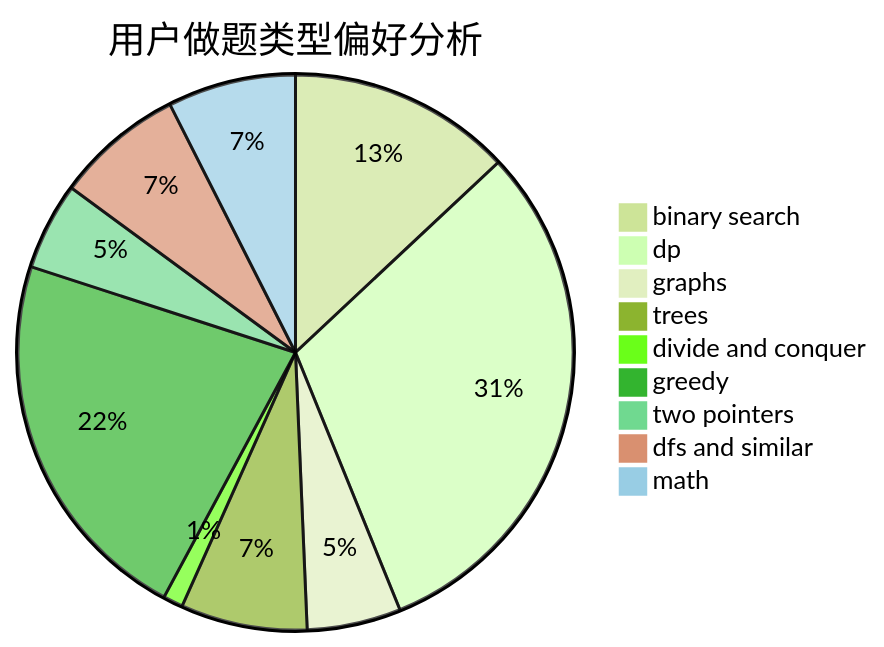
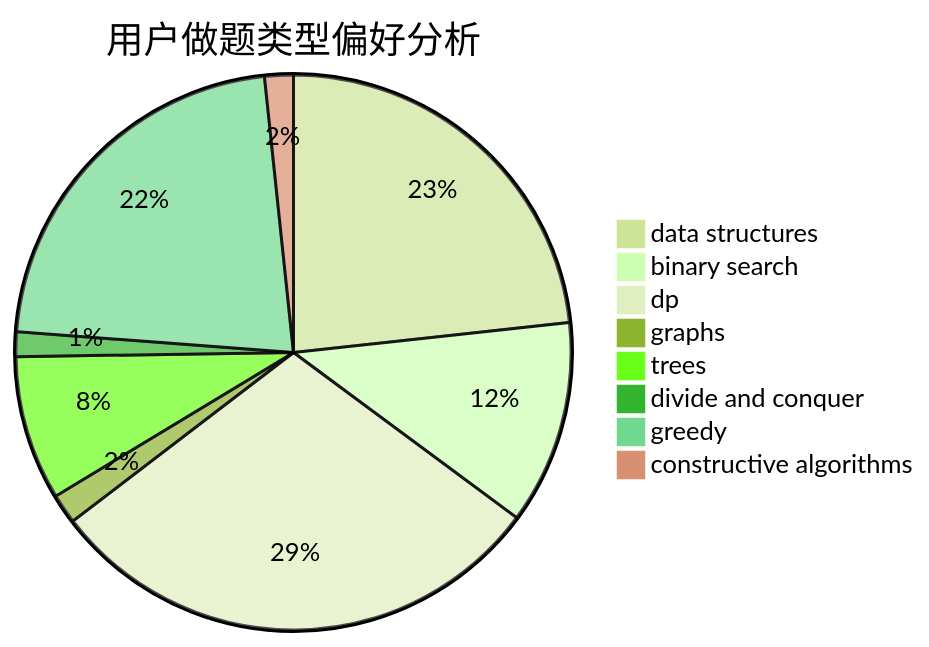
The second of 3 diagrams in docs/user/u2674.md (sherpahu/cfrs.github.io), drawn with Mermaid (forest theme) before and after one commit. The commit also changed other lines of this file and 2775 other files, not shown here.

````diff
--- a/docs/user/u2674.md
+++ b/docs/user/u2674.md
@@ -23,12 +23,11 @@
 ```mermaid
 pie title 用户做题类型偏好分析
-    "binary search" :  281
-    "dp" :  666
-    "graphs" :  118
-    "trees" :  159
-    "divide and conquer" :  25
-    "greedy" :  478
-    "two pointers" :  110
-    "dfs and similar" :  161
-    "math" :  161
+    "data structures" :  390
+    "binary search" :  199
+    "dp" :  494
+    "graphs" :  29
+    "trees" :  141
+    "divide and conquer" :  24
+    "greedy" :  371
+    "constructive algorithms" :  28
 ```
````
